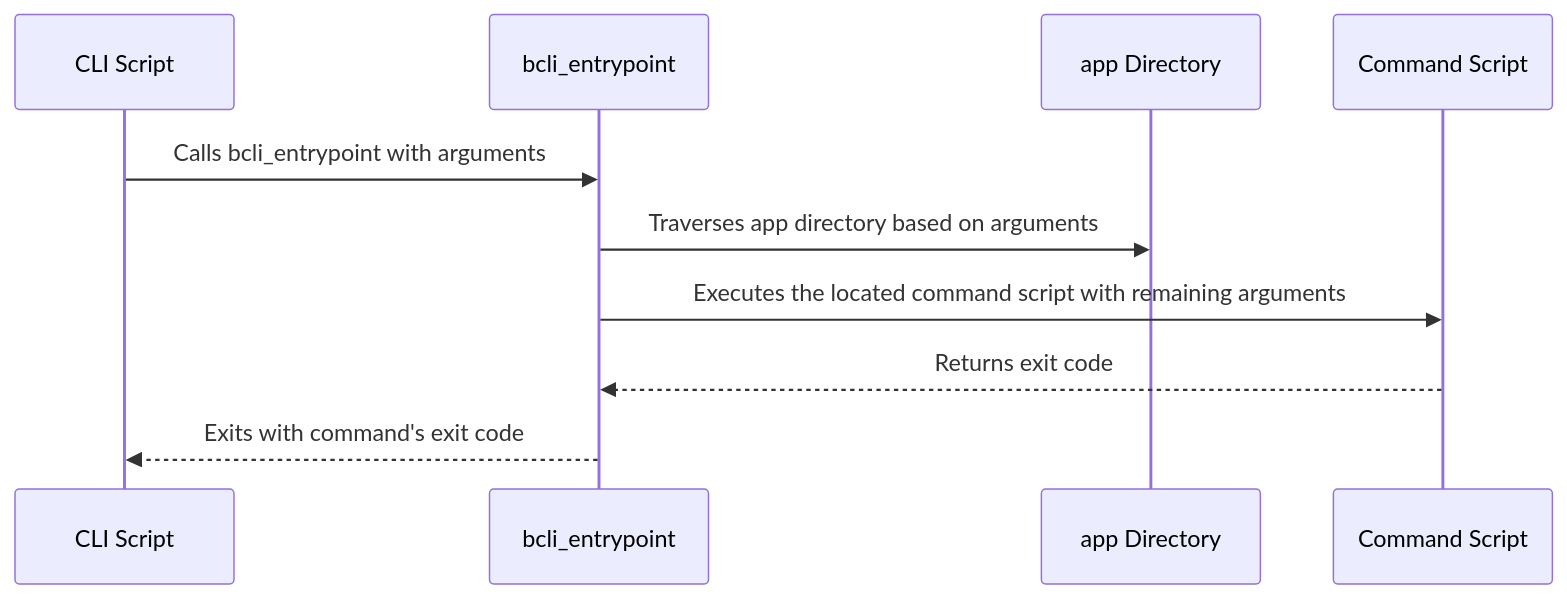
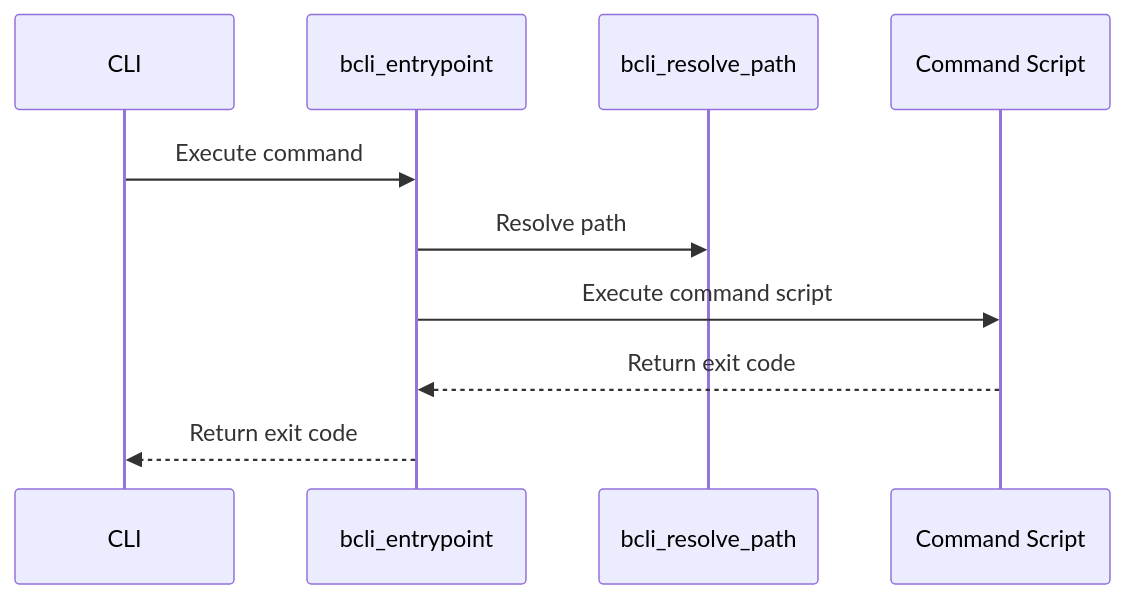
Before and after one commit to aireilly/bash-cli-docs-test: the diagram in docs/07_core_function_library_.md, drawn with Mermaid. The commit also changed other lines of this file and 6 other files, not shown here.

````diff
--- a/docs/07_core_function_library_.md
+++ b/docs/07_core_function_library_.md
@@ -60,12 +73,14 @@
 ```mermaid
 sequenceDiagram
-    participant CLI Script
+    participant CLI
     participant bcli_entrypoint
-    participant app Directory
+    participant bcli_resolve_path
     participant Command Script
-    CLI Script->>bcli_entrypoint: Calls bcli_entrypoint with arguments
-    bcli_entrypoint->>app Directory: Traverses app directory based on arguments
-    bcli_entrypoint->>Command Script: Executes the located command script with remaining arguments
-    Command Script-->>bcli_entrypoint: Returns exit code
-    bcli_entrypoint-->>CLI Script: Exits with command's exit code
+
+    CLI->>bcli_entrypoint: Execute command
+    bcli_entrypoint->>bcli_resolve_path: Resolve path
+    bcli_entrypoint->>Command Script: Execute command script
+    Command Script-->>bcli_entrypoint: Return exit code
+    bcli_entrypoint-->>CLI: Return exit code
+
 ```
````
